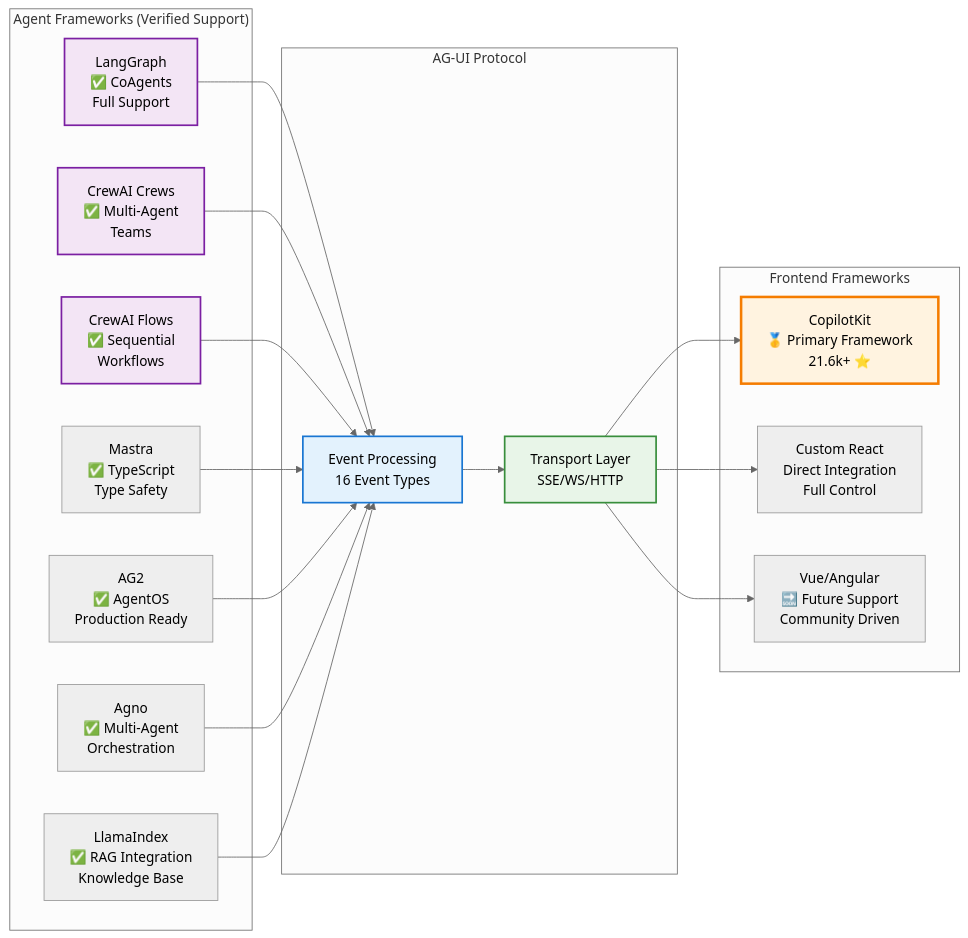
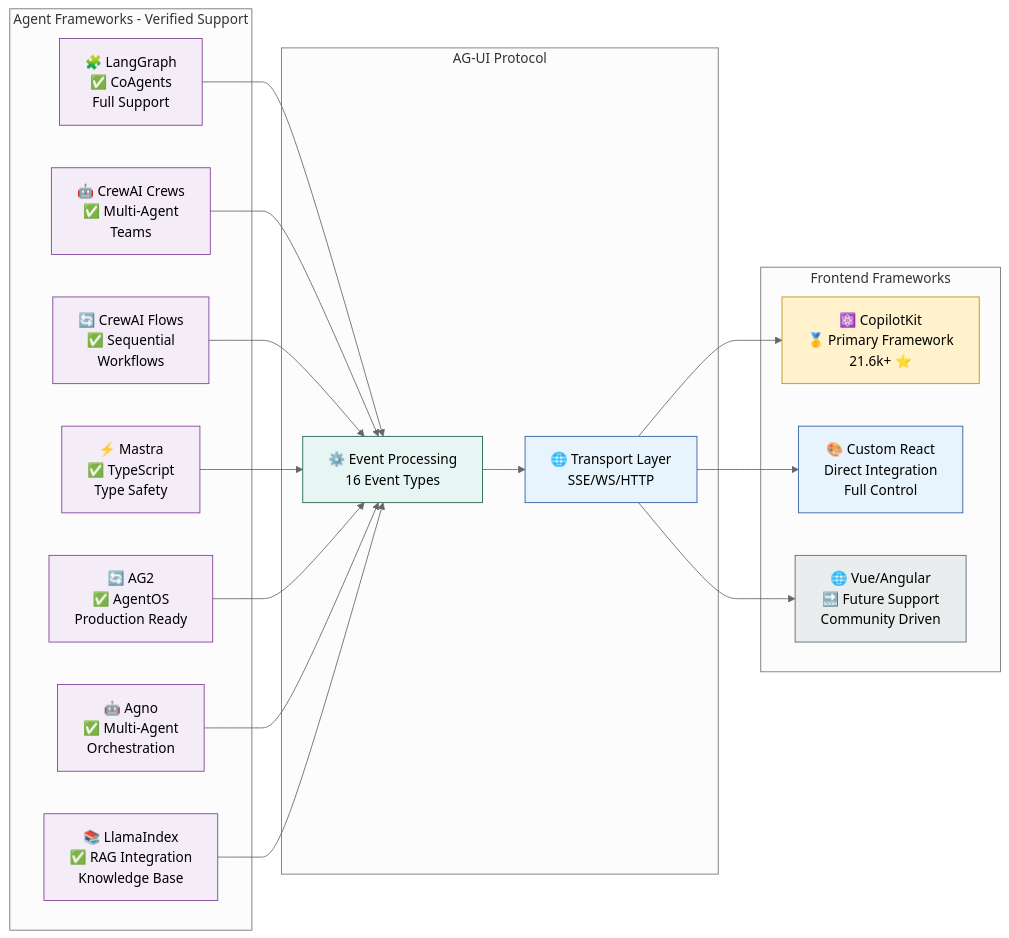
The fifth of 9 diagrams in 33_ag_ui.md (raphaelmansuy/tutorials), drawn with Mermaid (neutral theme) before and after one commit. The commit also changed other lines of this file, not shown here.

Commit message:
Enhance AG-UI tutorial with improved Mermaid diagrams, adding icons and styles for better visualization and clarity in integration challenges and protocol comparisons.

````diff
--- a/33_ag_ui.md
+++ b/33_ag_ui.md
@@ -250,43 +298,49 @@
 ```mermaid
 flowchart LR
-    subgraph "Agent Frameworks (Verified Support)"
-        A[LangGraph<br/>✅ CoAgents<br/>Full Support]
-        B[CrewAI Crews<br/>✅ Multi-Agent<br/>Teams]
-        C[CrewAI Flows<br/>✅ Sequential<br/>Workflows]
-        D[Mastra<br/>✅ TypeScript<br/>Type Safety]
-        E[AG2<br/>✅ AgentOS<br/>Production Ready]
-        F[Agno<br/>✅ Multi-Agent<br/>Orchestration]
-        G[LlamaIndex<br/>✅ RAG Integration<br/>Knowledge Base]
+    subgraph "Agent Frameworks - Verified Support"
+        A[🧩 LangGraph<br/>✅ CoAgents<br/>Full Support]
+        B[🤖 CrewAI Crews<br/>✅ Multi-Agent<br/>Teams]
+        C[🔄 CrewAI Flows<br/>✅ Sequential<br/>Workflows]
+        D[⚡ Mastra<br/>✅ TypeScript<br/>Type Safety]
+        E[🔄 AG2<br/>✅ AgentOS<br/>Production Ready]
+        F[🤖 Agno<br/>✅ Multi-Agent<br/>Orchestration]
+        G[📚 LlamaIndex<br/>✅ RAG Integration<br/>Knowledge Base]
     end
     
     subgraph "AG-UI Protocol"
-        H[Event Processing<br/>16 Event Types]
-        I[Transport Layer<br/>SSE/WS/HTTP]
+        H[⚙️ Event Processing<br/>16 Event Types]
+        I[🌐 Transport Layer<br/>SSE/WS/HTTP]
     end
     
     subgraph "Frontend Frameworks"
-        J[CopilotKit<br/>🥇 Primary Framework<br/>21.6k+ ⭐]
-        K[Custom React<br/>Direct Integration<br/>Full Control]
-        L[Vue/Angular<br/>🔜 Future Support<br/>Community Driven]
+        J[⚛️ CopilotKit<br/>🥇 Primary Framework<br/>21.6k+ ⭐]
+        K[🎨 Custom React<br/>Direct Integration<br/>Full Control]
+        L[🌐 Vue/Angular<br/>🔜 Future Support<br/>Community Driven]
     end
     
     A --> H
     B --> H
     C --> H
     D --> H
     E --> H
     F --> H
     G --> H
     
     H --> I
     I --> J
     I --> K
     I --> L
     
-    style H fill:#e3f2fd,stroke:#1976d2,stroke-width:2px
-    style I fill:#e8f5e8,stroke:#388e3c,stroke-width:2px
-    style J fill:#fff3e0,stroke:#f57c00,stroke-width:3px
-    style A fill:#f3e5f5,stroke:#7b1fa2,stroke-width:2px
-    style B fill:#f3e5f5,stroke:#7b1fa2,stroke-width:2px
-    style C fill:#f3e5f5,stroke:#7b1fa2,stroke-width:2px
+    style H fill:#E8F6F3,stroke:#1B5E4F
+    style I fill:#E8F4FD,stroke:#2C5AA0
+    style J fill:#FFF2CC,stroke:#B7950B
+    style A fill:#F4ECF7,stroke:#7D3C98
+    style B fill:#F4ECF7,stroke:#7D3C98
+    style C fill:#F4ECF7,stroke:#7D3C98
+    style D fill:#F4ECF7,stroke:#7D3C98
+    style E fill:#F4ECF7,stroke:#7D3C98
+    style F fill:#F4ECF7,stroke:#7D3C98
+    style G fill:#F4ECF7,stroke:#7D3C98
+    style K fill:#E8F4FD,stroke:#2C5AA0
+    style L fill:#EAEDED,stroke:#566573
 ```
````
